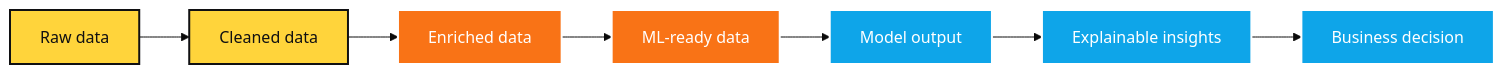
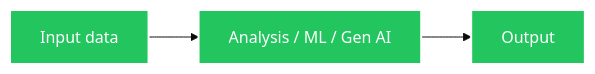
The second of 12 diagrams in backend_data_science_ai.md (susmitpy/talks), drawn with Mermaid (base theme) before and after one commit. The commit also changed other lines of this file and 2 other files, not shown here.

````diff
--- a/backend_data_science_ai.md
+++ b/backend_data_science_ai.md
@@ -806,16 +695,11 @@
 ```mermaid
 flowchart LR
-    A[Raw data] --> B[Cleaned data]
-    B --> C[Enriched data]
-    C --> D[ML-ready data]
-    D --> E[Model output]
-    E --> F[Explainable insights]
-    F --> G[Business decision]
+    A[Input data] --> B[Analysis / ML / Gen AI]
+    B --> C[Output]
 
-    classDef yellow fill:#FFD43B,stroke:#101012,stroke-width:2px,color:#101012;
-    classDef blue fill:#0EA5E9,stroke:#FFFFFF,stroke-width:2px,color:#FFFFFF;
-    classDef orange fill:#F97316,stroke:#FFFFFF,stroke-width:2px,color:#FFFFFF;
-    class A,B yellow;
-    class C,D orange;
-    class E,F,G blue;
+    classDef good fill:#22C55E,stroke:#FFFFFF,stroke-width:2px,color:#FFFFFF;
+    classDef bad fill:#EF4444,stroke:#FFFFFF,stroke-width:2px,color:#FFFFFF;
+    class A good;
+    class B good;
+    class C good;
 ```
````
